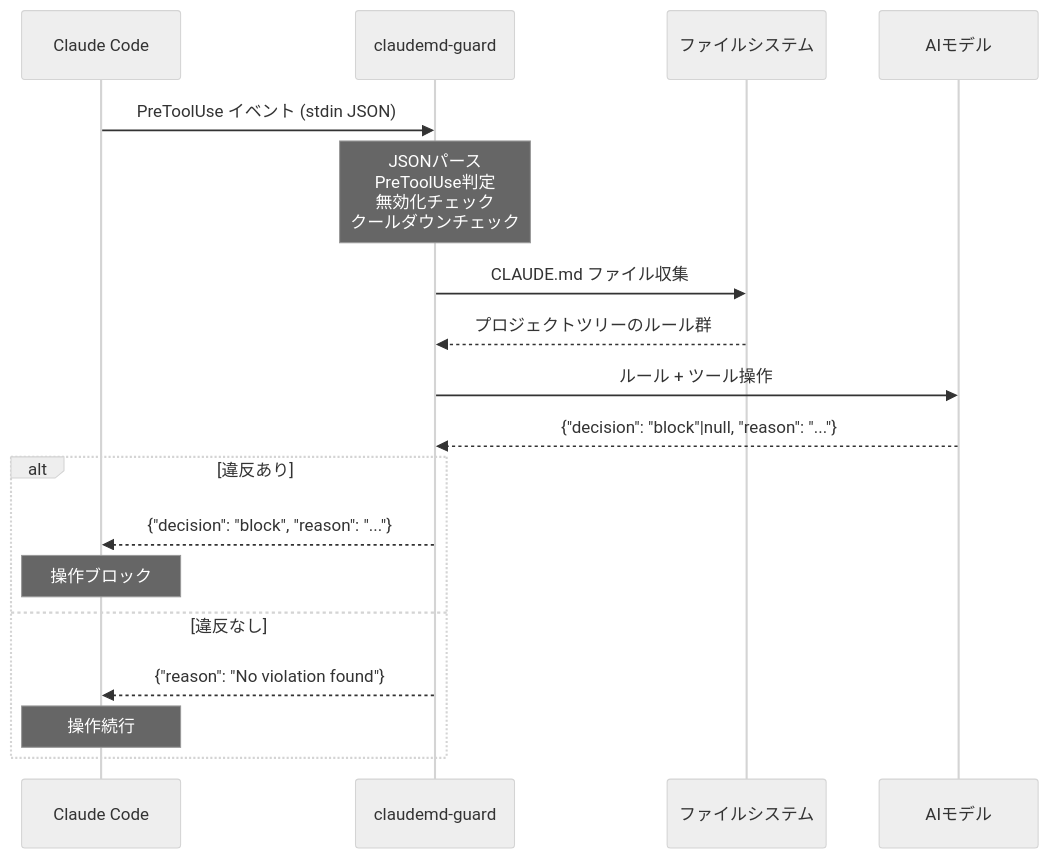
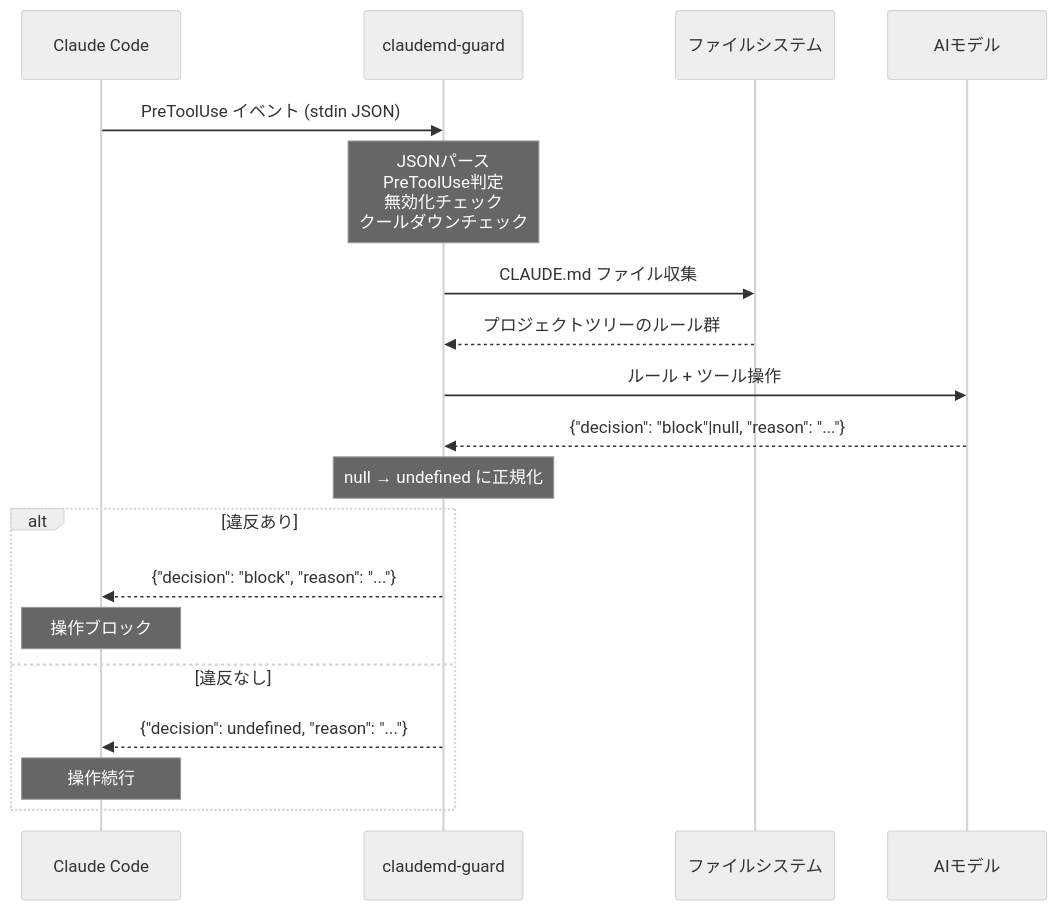
The first of 5 diagrams in docs/architecture_jp.md (Hiro-Chiba/claudemd-guard), drawn with Mermaid (neutral theme) before and after one commit. The commit also changed other lines of this file and 1 other file, not shown here.

Commit message:
docs: fix decision type from null to undefined in architecture diagrams
validator.ts normalizes the AI model's null response to undefined
before returning to Claude Code. Update sequence diagrams and
flowcharts to reflect the actual ValidationResult type.

````diff
--- a/docs/architecture_jp.md
+++ b/docs/architecture_jp.md
@@ -10,24 +10,25 @@
 ```mermaid
 sequenceDiagram
     participant CC as Claude Code
     participant Hook as claudemd-guard
     participant FS as ファイルシステム
     participant AI as AIモデル
 
     CC->>Hook: PreToolUse イベント (stdin JSON)
     Note over Hook: JSONパース<br/>PreToolUse判定<br/>無効化チェック<br/>クールダウンチェック
 
     Hook->>FS: CLAUDE.md ファイル収集
     FS-->>Hook: プロジェクトツリーのルール群
 
     Hook->>AI: ルール + ツール操作
     AI-->>Hook: {"decision": "block"|null, "reason": "..."}
+    Note over Hook: null → undefined に正規化
 
     alt 違反あり
         Hook-->>CC: {"decision": "block", "reason": "..."}
         Note over CC: 操作ブロック
     else 違反なし
-        Hook-->>CC: {"reason": "No violation found"}
+        Hook-->>CC: {"decision": undefined, "reason": "..."}
         Note over CC: 操作続行
     end
 ```
````
